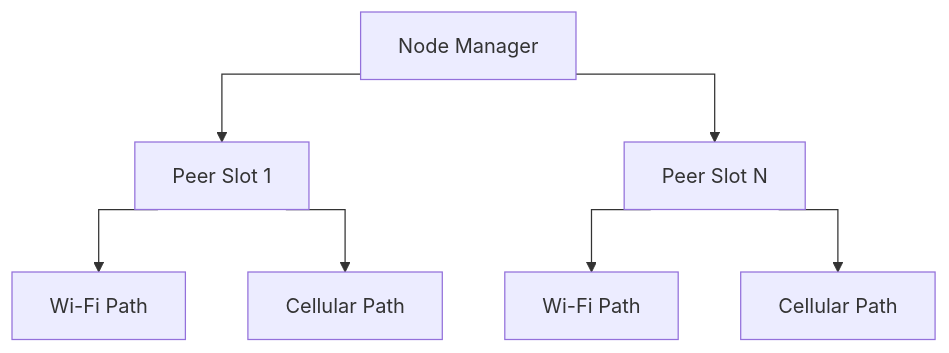
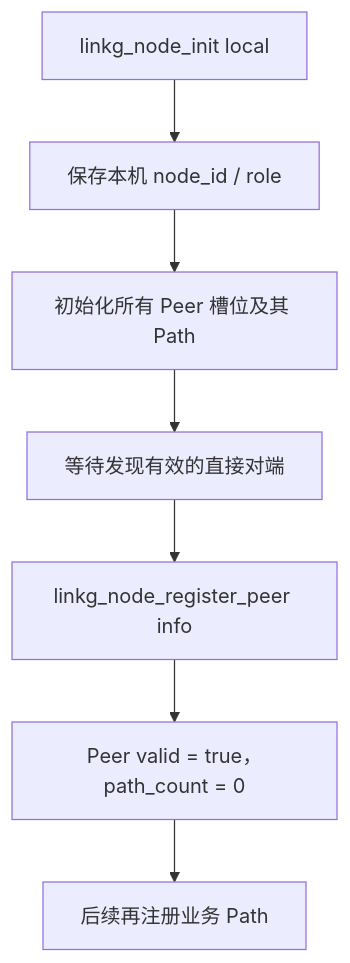
Before and after one commit to wnd443724421-cell/linkg: the first of 5 diagrams in core/node/node.md, drawn with Mermaid. The commit also changed other lines of this file and 27 other files, not shown here.

````diff
--- a/core/node/node.md
+++ b/core/node/node.md
@@ -5,18 +50,9 @@
 ```mermaid
-%%{init: {"flowchart": {"curve": "stepAfter"}}}%%
-flowchart TB
-    NODE[Node Manager]
-    PEER1[Peer Slot 1]
-    PEER2[Peer Slot N]
-    WIFI1[Wi-Fi Path]
-    CELL1[Cellular Path]
-    WIFIN[Wi-Fi Path]
-    CELLN[Cellular Path]
-
-    NODE --> PEER1
-    NODE --> PEER2
-    PEER1 --> WIFI1
-    PEER1 --> CELL1
-    PEER2 --> WIFIN
-    PEER2 --> CELLN
+flowchart TD
+    A[linkg_node_init local] --> B[保存本机 node_id / role]
+    B --> C[初始化所有 Peer 槽位及其 Path]
+    C --> D[等待发现有效的直接对端]
+    D --> E[linkg_node_register_peer info]
+    E --> F[Peer valid = true，path_count = 0]
+    F --> G[后续再注册业务 Path]
 ```
````
